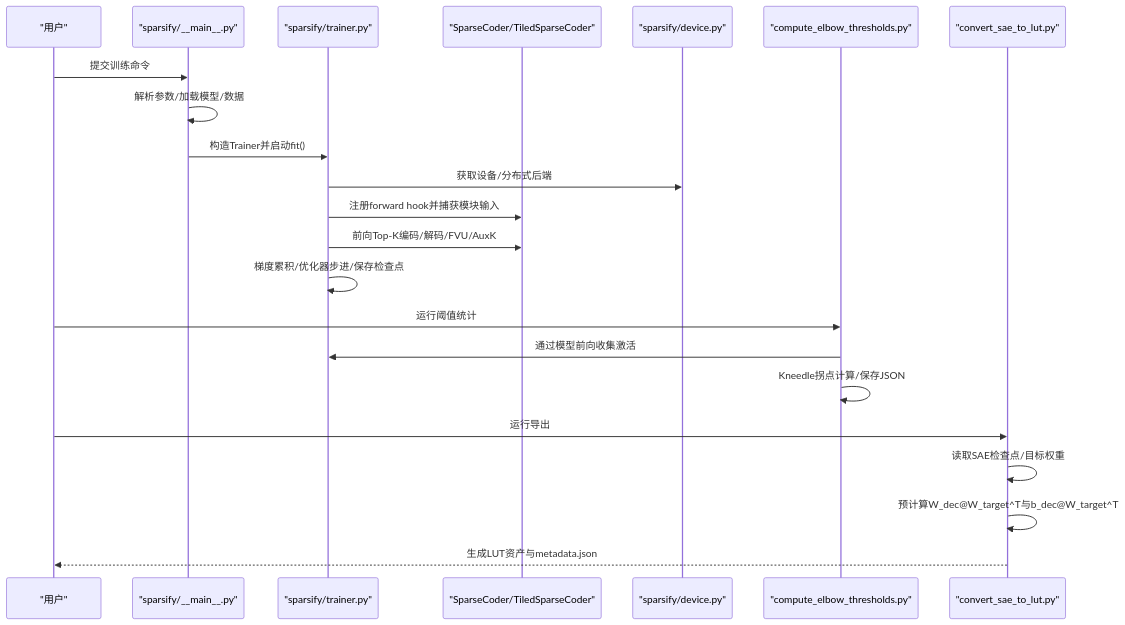
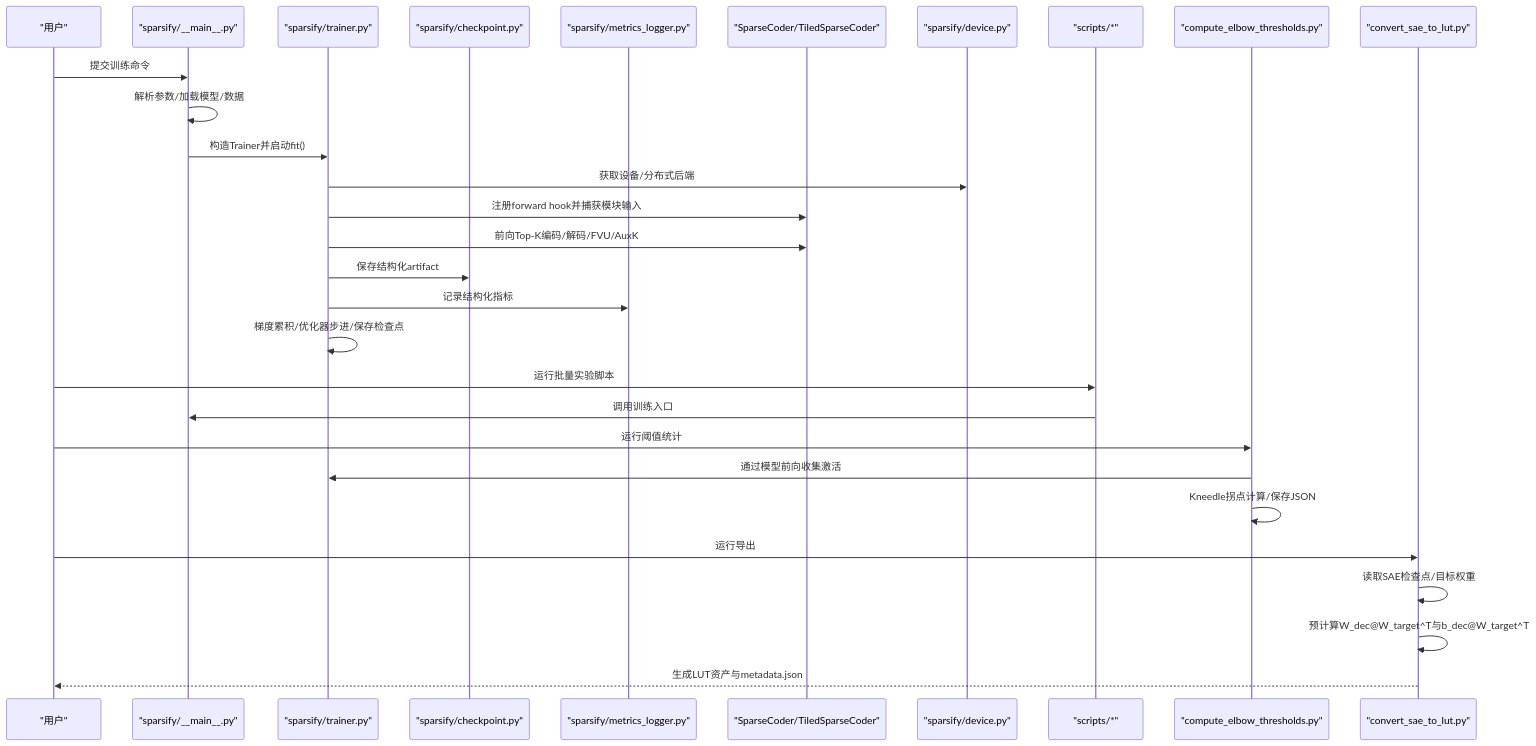
One commit to duanzhaol/sparsify changed the second of 10 diagrams in .qoder/repowiki/zh/content/项目概述/项目概述.md. Above: the diagram before and after it, drawn with Mermaid. The commit also changed other lines of this file and 5 other files, not shown here.

````diff
--- a/.qoder/repowiki/zh/content/项目概述/项目概述.md
+++ b/.qoder/repowiki/zh/content/项目概述/项目概述.md
@@ -148,24 +184,31 @@
 ```mermaid
 sequenceDiagram
 participant U as "用户"
 participant CLI as "sparsify/__main__.py"
 participant TR as "sparsify/trainer.py"
+participant CP as "sparsify/checkpoint.py"
+participant ML as "sparsify/metrics_logger.py"
 participant SAES as "SparseCoder/TiledSparseCoder"
 participant DEV as "sparsify/device.py"
+participant SCR as "scripts/*"
 participant THR as "compute_elbow_thresholds.py"
 participant LUT as "convert_sae_to_lut.py"
 U->>CLI : 提交训练命令
 CLI->>CLI : 解析参数/加载模型/数据
 CLI->>TR : 构造Trainer并启动fit()
 TR->>DEV : 获取设备/分布式后端
 TR->>SAES : 注册forward hook并捕获模块输入
 TR->>SAES : 前向Top-K编码/解码/FVU/AuxK
+TR->>CP : 保存结构化artifact
+TR->>ML : 记录结构化指标
 TR->>TR : 梯度累积/优化器步进/保存检查点
+U->>SCR : 运行批量实验脚本
+SCR->>CLI : 调用训练入口
 U->>THR : 运行阈值统计
 THR->>TR : 通过模型前向收集激活
 THR->>THR : Kneedle拐点计算/保存JSON
 U->>LUT : 运行导出
 LUT->>LUT : 读取SAE检查点/目标权重
 LUT->>LUT : 预计算W_dec@W_target^T与b_dec@W_target^T
 LUT-->>U : 生成LUT资产与metadata.json
 ```
````
